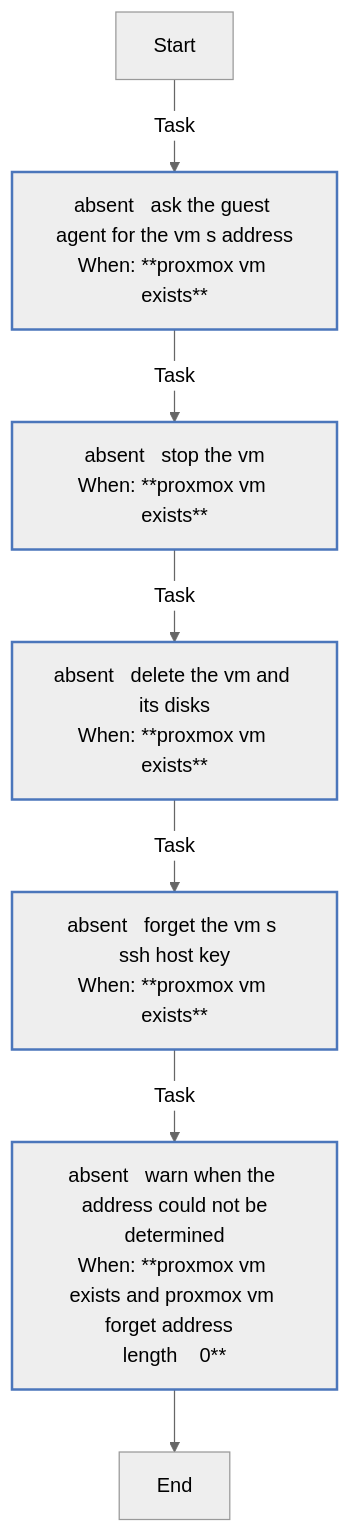
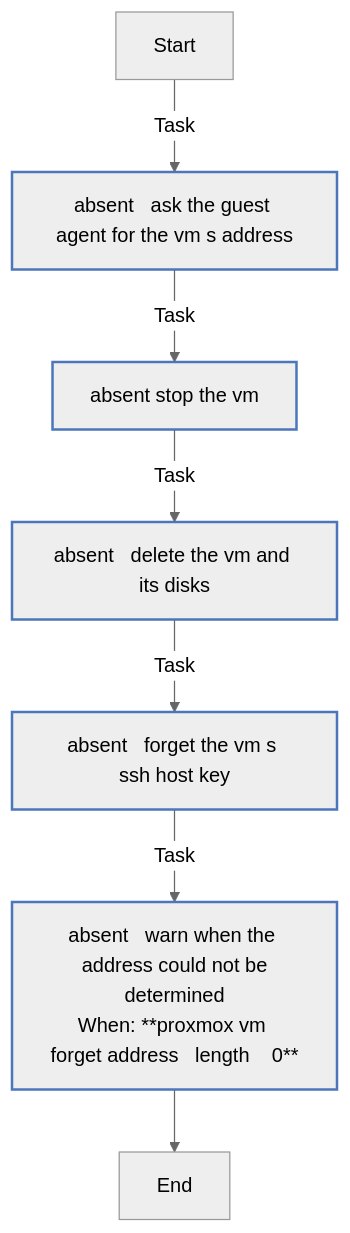
Before and after one commit to kawadeomkar/agent-warehouse: the second of 4 diagrams in docs/reference/roles/proxmox_vm.md, drawn with Mermaid (neutral theme). The commit also changed other lines of this file and 32 other files, not shown here.

````diff
--- a/docs/reference/roles/proxmox_vm.md
+++ b/docs/reference/roles/proxmox_vm.md
@@ -161,19 +161,19 @@
 ```mermaid
 flowchart TD
 Start
 classDef block stroke:#3498db,stroke-width:2px;
 classDef task stroke:#4b76bb,stroke-width:2px;
 classDef includeTasks stroke:#16a085,stroke-width:2px;
 classDef importTasks stroke:#34495e,stroke-width:2px;
 classDef includeRole stroke:#2980b9,stroke-width:2px;
 classDef importRole stroke:#699ba7,stroke-width:2px;
 classDef includeVars stroke:#8e44ad,stroke-width:2px;
 classDef rescue stroke:#665352,stroke-width:2px;
 
-  Start-->|Task| absent___Ask_the_guest_agent_for_the_VM_s_address0[absent   ask the guest agent for the vm s address<br>When: **proxmox vm exists**]:::task
-  absent___Ask_the_guest_agent_for_the_VM_s_address0-->|Task| absent___Stop_the_VM1[absent   stop the vm<br>When: **proxmox vm exists**]:::task
-  absent___Stop_the_VM1-->|Task| absent___Delete_the_VM_and_its_disks2[absent   delete the vm and its disks<br>When: **proxmox vm exists**]:::task
-  absent___Delete_the_VM_and_its_disks2-->|Task| absent___Forget_the_VM_s_SSH_host_key3[absent   forget the vm s ssh host key<br>When: **proxmox vm exists**]:::task
-  absent___Forget_the_VM_s_SSH_host_key3-->|Task| absent___Warn_when_the_address_could_not_be_determined4[absent   warn when the address could not be<br>determined<br>When: **proxmox vm exists and proxmox vm forget address  <br>length    0**]:::task
+  Start-->|Task| absent___Ask_the_guest_agent_for_the_VM_s_address0[absent   ask the guest agent for the vm s address]:::task
+  absent___Ask_the_guest_agent_for_the_VM_s_address0-->|Task| absent___Stop_the_VM1[absent   stop the vm]:::task
+  absent___Stop_the_VM1-->|Task| absent___Delete_the_VM_and_its_disks2[absent   delete the vm and its disks]:::task
+  absent___Delete_the_VM_and_its_disks2-->|Task| absent___Forget_the_VM_s_SSH_host_key3[absent   forget the vm s ssh host key]:::task
+  absent___Forget_the_VM_s_SSH_host_key3-->|Task| absent___Warn_when_the_address_could_not_be_determined4[absent   warn when the address could not be<br>determined<br>When: **proxmox vm forget address   length    0**]:::task
   absent___Warn_when_the_address_could_not_be_determined4-->End
 ```
````
